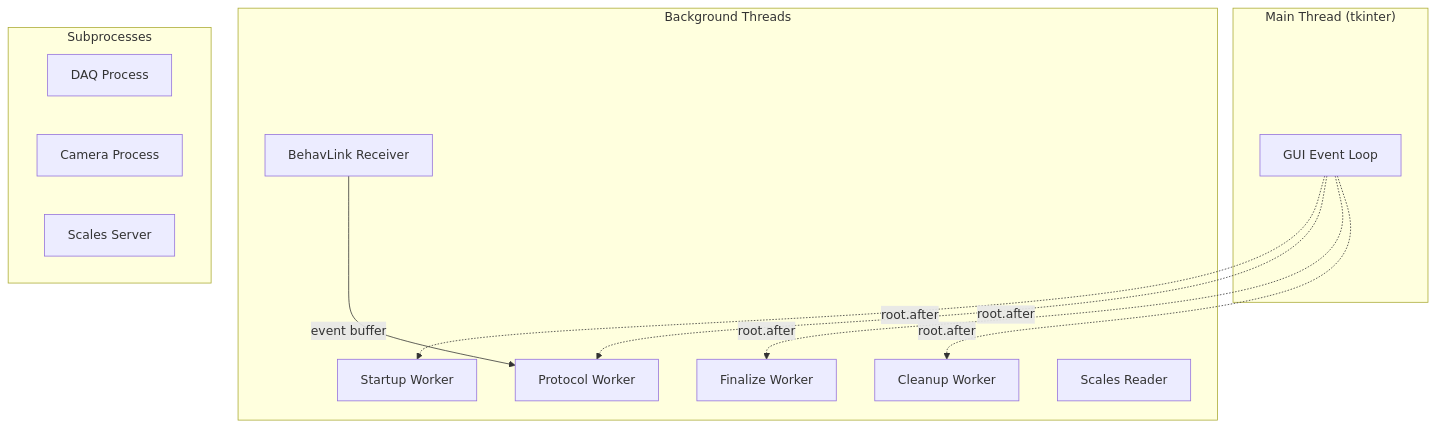
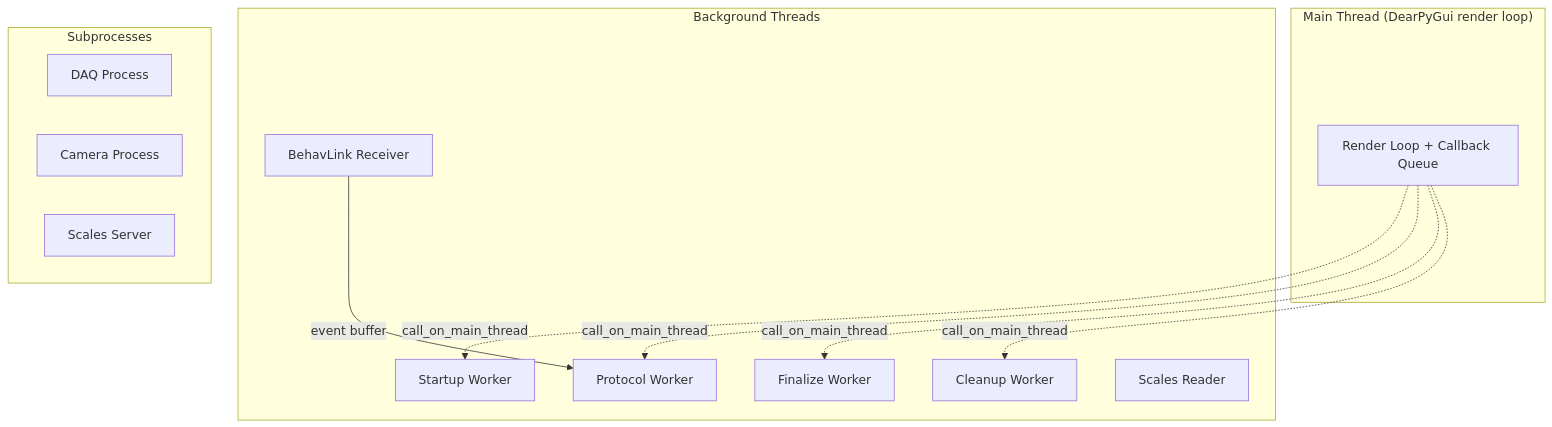
One commit to stef1029/HexControl changed the diagram in docs/architecture/threading-model.md. Above: the diagram before and after it, drawn with Mermaid. The commit also changed other lines of this file and 3 other files, not shown here.

````diff
--- a/docs/architecture/threading-model.md
+++ b/docs/architecture/threading-model.md
@@ -7,27 +7,27 @@
 ```mermaid
 graph TB
-    subgraph Main["Main Thread (tkinter)"]
-        GUI[GUI Event Loop]
+    subgraph Main["Main Thread (DearPyGui render loop)"]
+        GUI[Render Loop + Callback Queue]
     end
 
     subgraph Background["Background Threads"]
         ST[Startup Worker]
         PT[Protocol Worker]
         FT[Finalize Worker]
         CT[Cleanup Worker]
         RT[BehavLink Receiver]
         SR[Scales Reader]
     end
 
     subgraph Subprocesses["Subprocesses"]
         DAQ[DAQ Process]
         CAM[Camera Process]
         SS[Scales Server]
     end
 
-    GUI -.->|root.after| ST
-    GUI -.->|root.after| PT
-    GUI -.->|root.after| FT
-    GUI -.->|root.after| CT
+    GUI -.->|call_on_main_thread| ST
+    GUI -.->|call_on_main_thread| PT
+    GUI -.->|call_on_main_thread| FT
+    GUI -.->|call_on_main_thread| CT
     RT -->|event buffer| PT
 ```
````
